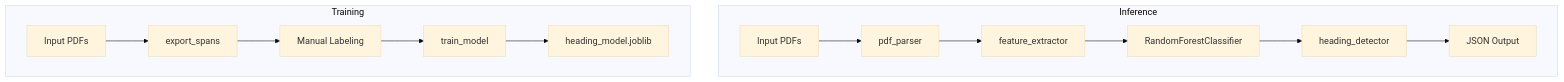
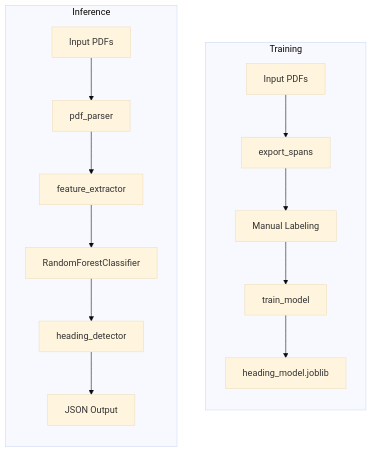
The diagram in README.md (lakshya-3804/BitHive_1A), drawn with Mermaid (base theme) before and after one commit. The commit also changed other lines of this file, not shown here.

````diff
--- a/README.md
+++ b/README.md
@@ -98,16 +98,22 @@
 ```mermaid
 flowchart TB
+  %% TRAINING FLOW (top)
+  subgraph Training
+    direction TB
+    G[Input PDFs] --> H[export_spans]
+    H --> I[Manual Labeling]
+    I --> J[train_model]
+    J --> K[heading_model.joblib]
+  end
+
+  %% INFERENCE FLOW (below)
   subgraph Inference
+    direction TB
     A[Input PDFs] --> B[pdf_parser]
     B --> C[feature_extractor]
     C --> D[RandomForestClassifier]
     D --> E[heading_detector]
     E --> F[JSON Output]
   end
-  subgraph Training
-    G[Input PDFs] --> H[export_spans]
-    H --> I[Manual Labeling]
-    I --> J[train_model]
-    J --> K[heading_model.joblib]
-  end
+
 ```
````
